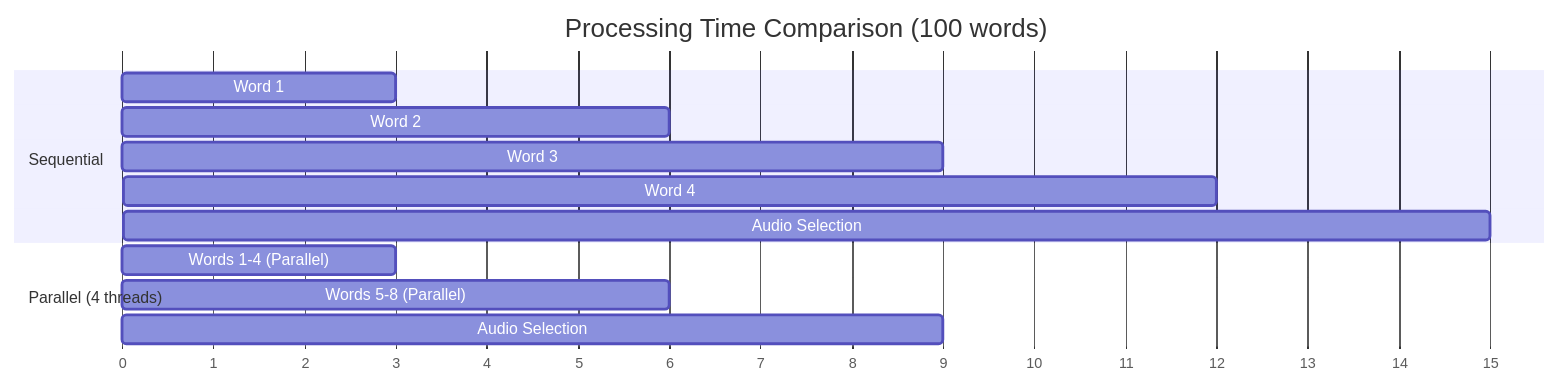
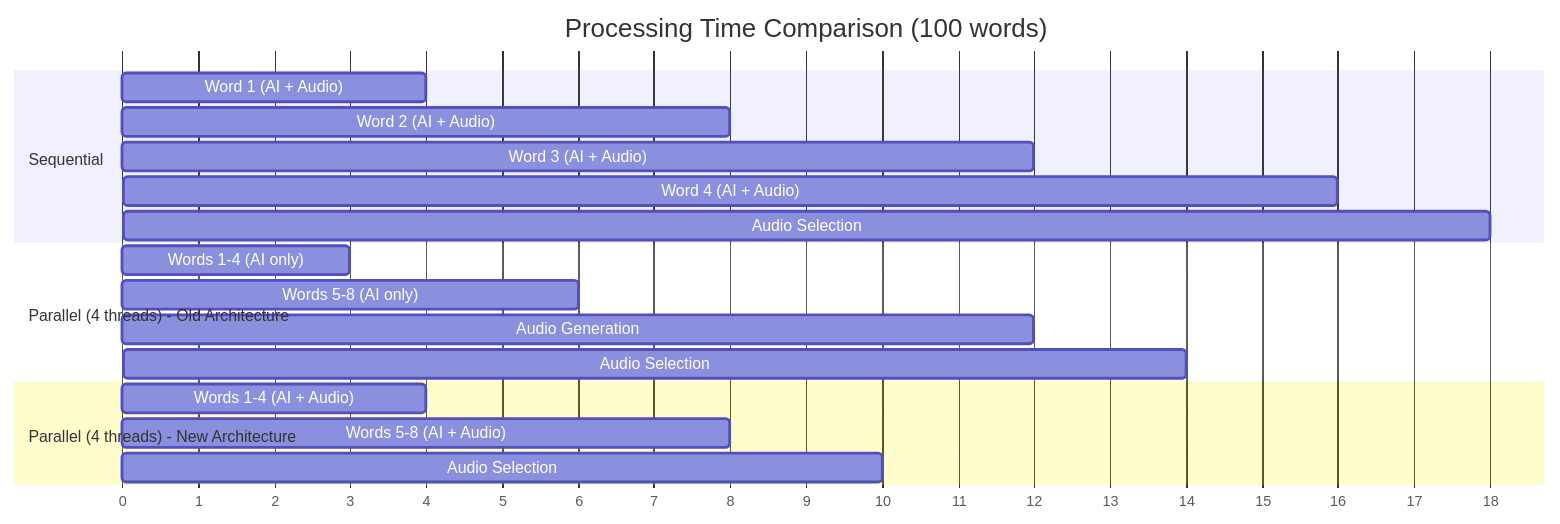
The tenth of 13 diagrams in PARSE_PLECO_FLOW.md (jorjao81/zh-learn2), drawn with Mermaid before and after one commit. The commit also changed other lines of this file and 5 other files, not shown here.

Commit message:
docs: architecture

````diff
--- a/PARSE_PLECO_FLOW.md
+++ b/PARSE_PLECO_FLOW.md
@@ -263,18 +294,24 @@
 ```mermaid
 gantt
     title Processing Time Comparison (100 words)
     dateFormat X
     axisFormat %s
 
     section Sequential
-    Word 1     :0, 3
-    Word 2     :3, 6
-    Word 3     :6, 9
-    Word 4     :9, 12
-    Audio Selection :12, 15
+    Word 1 (AI + Audio)     :0, 4
+    Word 2 (AI + Audio)     :4, 8
+    Word 3 (AI + Audio)     :8, 12
+    Word 4 (AI + Audio)     :12, 16
+    Audio Selection         :16, 18
 
-    section Parallel (4 threads)
-    Words 1-4 (Parallel)  :0, 3
-    Words 5-8 (Parallel)  :3, 6
-    Audio Selection       :6, 9
+    section Parallel (4 threads) - Old Architecture
+    Words 1-4 (AI only)     :0, 3
+    Words 5-8 (AI only)     :3, 6
+    Audio Generation        :6, 12
+    Audio Selection         :12, 14
+
+    section Parallel (4 threads) - New Architecture
+    Words 1-4 (AI + Audio) :0, 4
+    Words 5-8 (AI + Audio) :4, 8
+    Audio Selection        :8, 10
 ```
````
